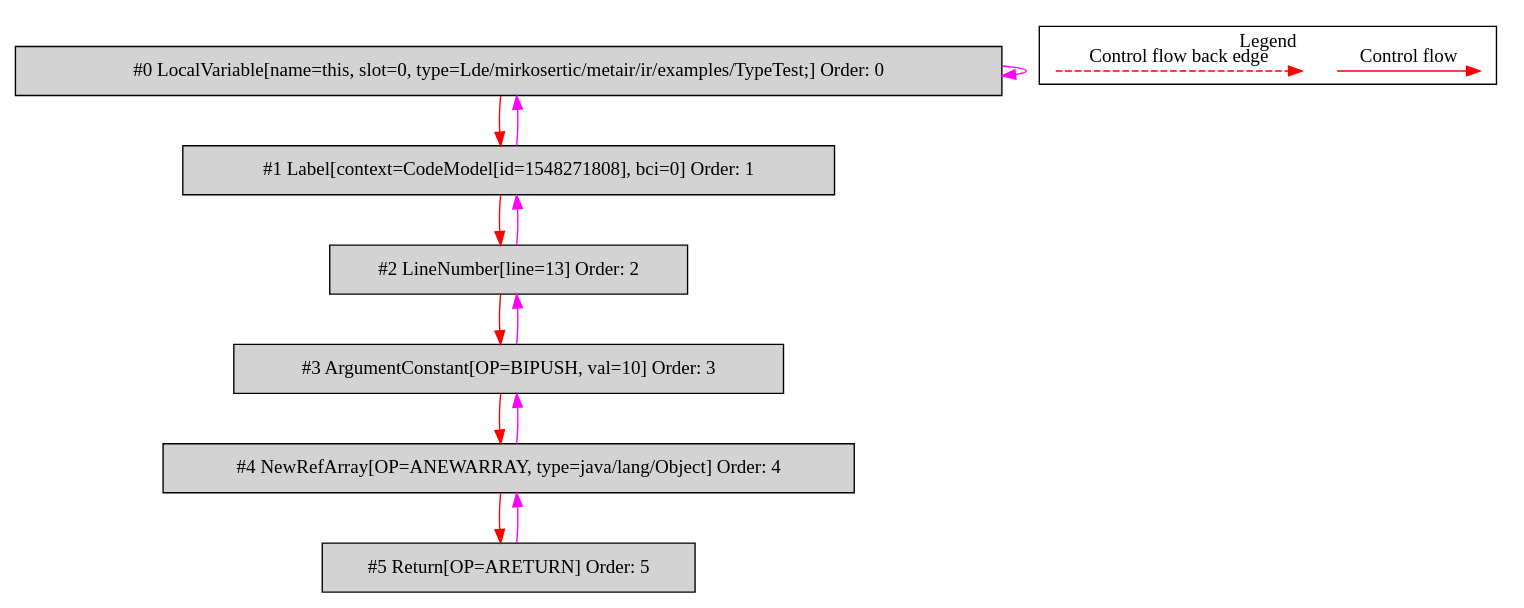
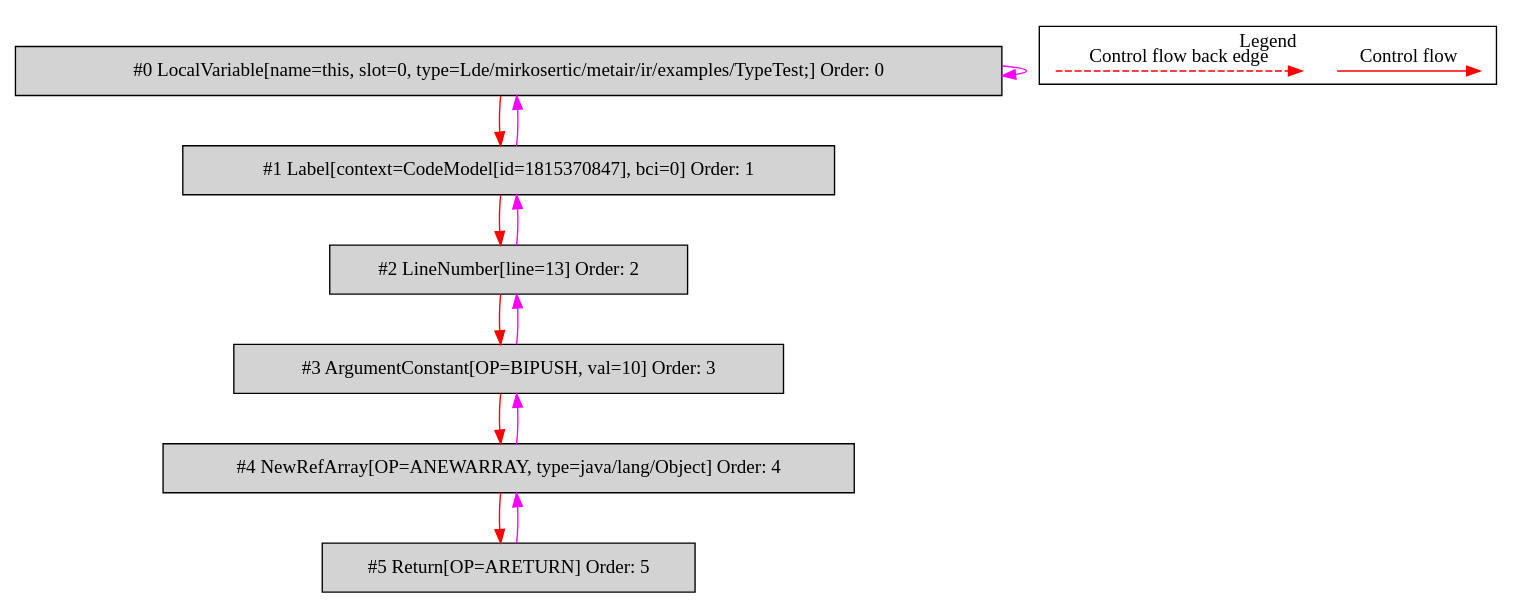
Before and after one commit to mirkosertic/MetaIR: the diagram in de.mirkosertic.metair.ir.examples.TypeTest/downCastReturnArray/bytecodecfg.dot, drawn with Graphviz. The commit also changed 455 other files, not shown here.

```diff
--- a/de.mirkosertic.metair.ir.examples.TypeTest/downCastReturnArray/bytecodecfg.dot
+++ b/de.mirkosertic.metair.ir.examples.TypeTest/downCastReturnArray/bytecodecfg.dot
@@ -1,34 +1,34 @@
 digraph {
  ordering="in";
  node0[label="#0 LocalVariable[name=this, slot=0, type=Lde/mirkosertic/metair/ir/examples/TypeTest;] Order: 0", shape=box, fillcolor=lightgrey, style=filled];
- node1[label="#1 Label[context=CodeModel[id=1548271808], bci=0] Order: 1", shape=box, fillcolor=lightgrey, style=filled];
+ node1[label="#1 Label[context=CodeModel[id=1815370847], bci=0] Order: 1", shape=box, fillcolor=lightgrey, style=filled];
  node2[label="#2 LineNumber[line=13] Order: 2", shape=box, fillcolor=lightgrey, style=filled];
  node3[label="#3 ArgumentConstant[OP=BIPUSH, val=10] Order: 3", shape=box, fillcolor=lightgrey, style=filled];
  node4[label="#4 NewRefArray[OP=ANEWARRAY, type=java/lang/Object] Order: 4", shape=box, fillcolor=lightgrey, style=filled];
  node5[label="#5 Return[OP=ARETURN] Order: 5", shape=box, fillcolor=lightgrey, style=filled];
  node0 -> node0[color=fuchsia];
  node0 -> node1[color=red];
  node1 -> node0[color=fuchsia];
  node1 -> node2[color=red];
  node2 -> node1[color=fuchsia];
  node2 -> node3[color=red];
  node3 -> node2[color=fuchsia];
  node3 -> node4[color=red];
  node4 -> node3[color=fuchsia];
  node4 -> node5[color=red];
  node5 -> node4[color=fuchsia];
  subgraph cluster_000 {
   label = "Legend";
   node [shape=point]
   {
    rank=same;
    c0 [style = invis];
    c1 [style = invis];
    c2 [style = invis];
    c3 [style = invis];
   }
   c0 -> c1 [label="Control flow", style=solid, color=red]
   c2 -> c3 [label="Control flow back edge", style=dashed, color=red]
  }
 
 }
```
